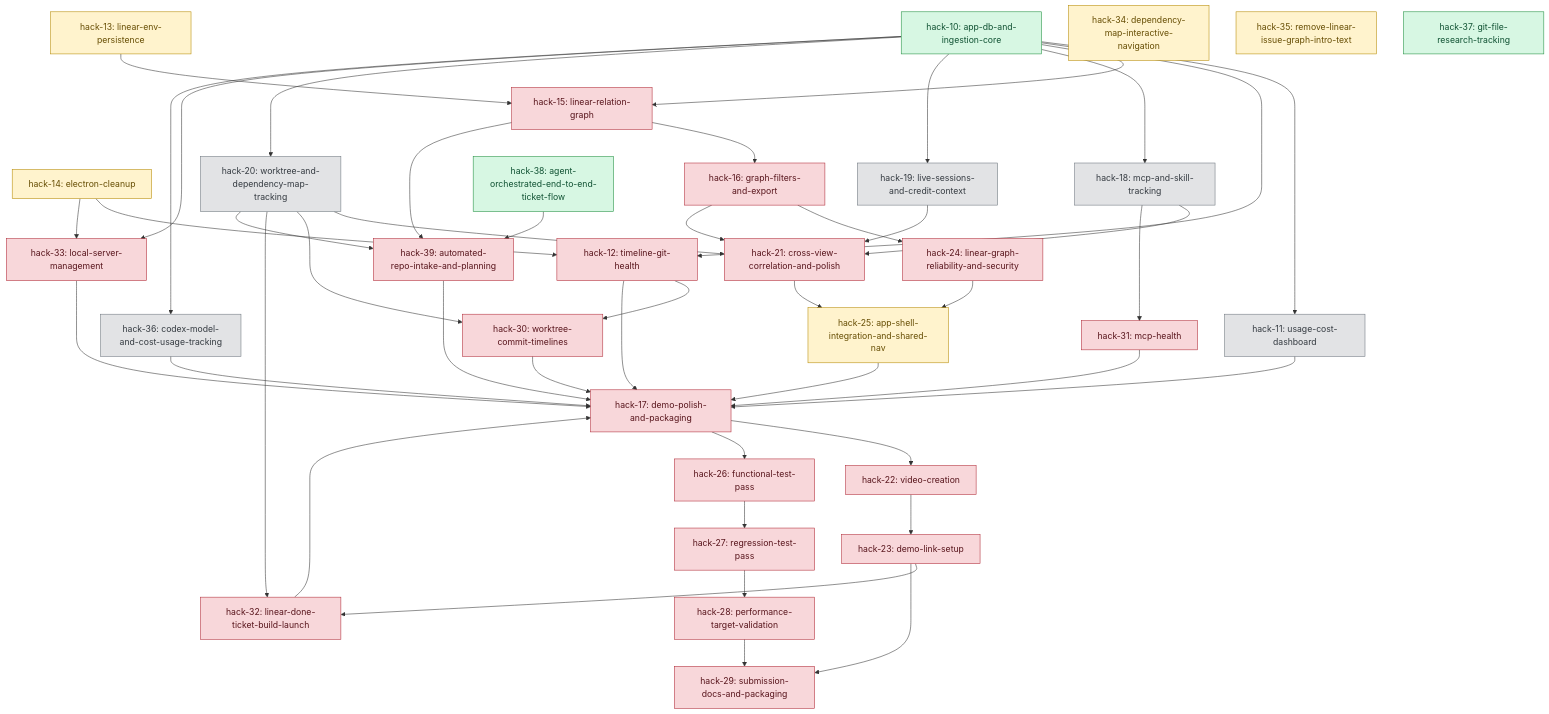
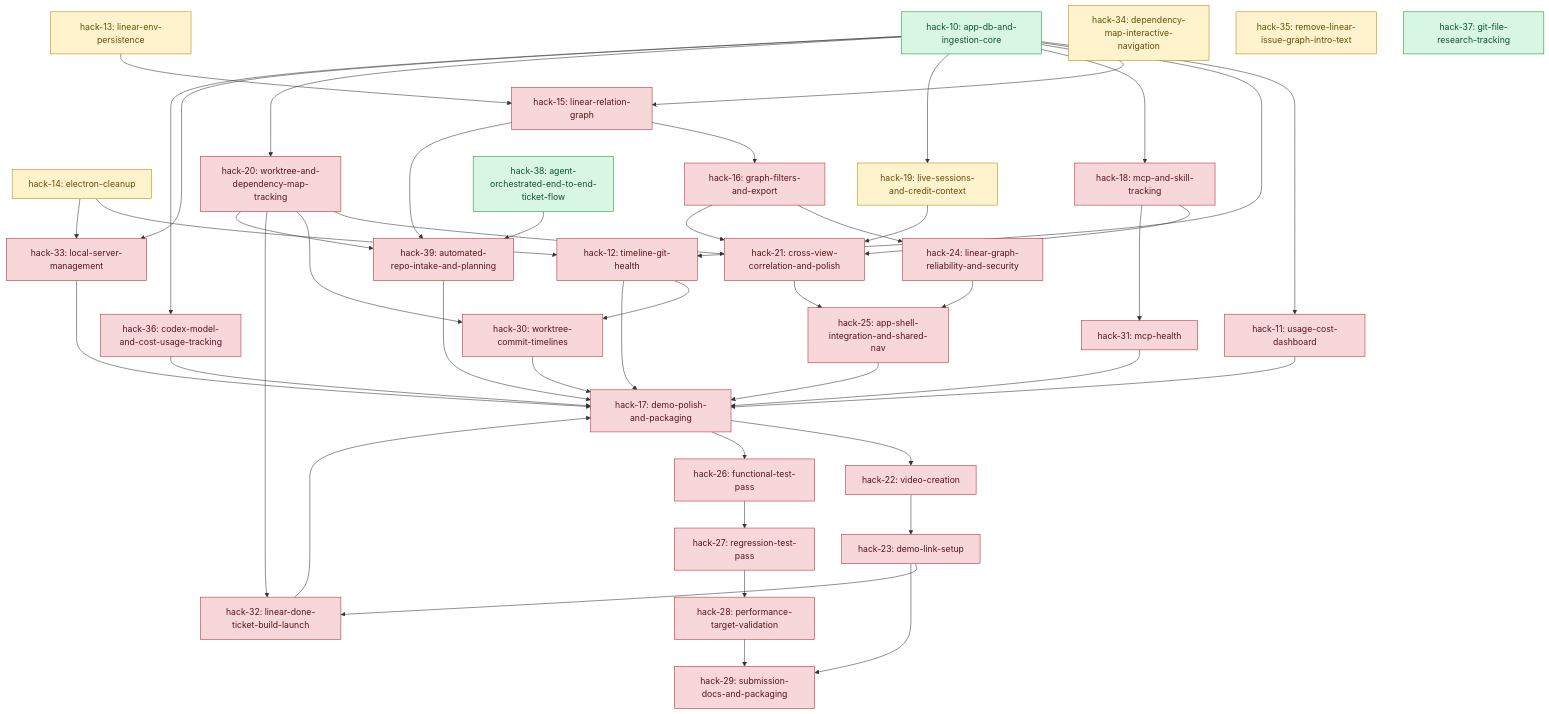
Before and after one commit to jaimindp/codex_monitor: the diagram in DEPENDENCY_MAP.md, drawn with Mermaid. The commit also changed 6 other files, not shown here.

Commit message:
chore: commit local dependency map and build chart updates

```diff
--- a/DEPENDENCY_MAP.md
+++ b/DEPENDENCY_MAP.md
@@ -101,14 +101,15 @@
   H39 --> H17
 
   class H13 inprog;
+  class H19 inprog;
   class H14 inprog;
   class H34 inprog;
-  class H25 inprog;
+  class H25 blocked;
   class H35 inprog;
-  class H10,H38 done;
+  class H38 done;
   class H37 done;
-  class H11,H18,H19,H20,H36 todo;
-  class H12,H15,H16,H17,H21,H22,H23,H24,H26,H27,H28,H29,H30,H31,H32,H33,H39 blocked;
+  class H11,H12,H15,H16,H17,H18,H20,H21,H22,H23,H24,H26,H27,H28,H29,H30,H31,H32,H33,H36,H39 blocked;
+  class H10 done;
 
   classDef todo fill:#e2e3e5,stroke:#6c757d,color:#343a40;
   classDef inprog fill:#fff3cd,stroke:#b58900,color:#664d03;
```
